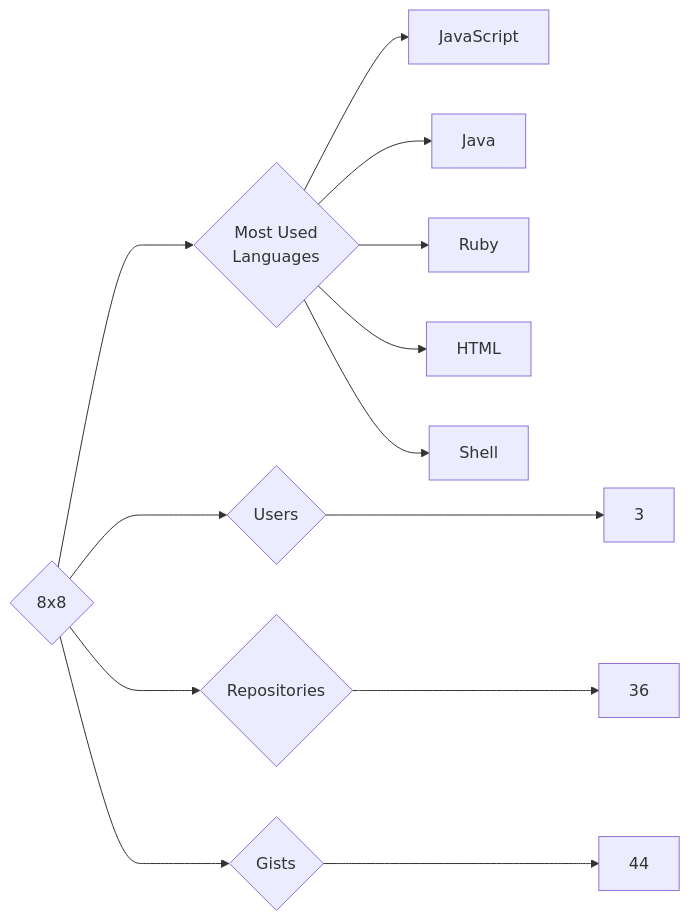
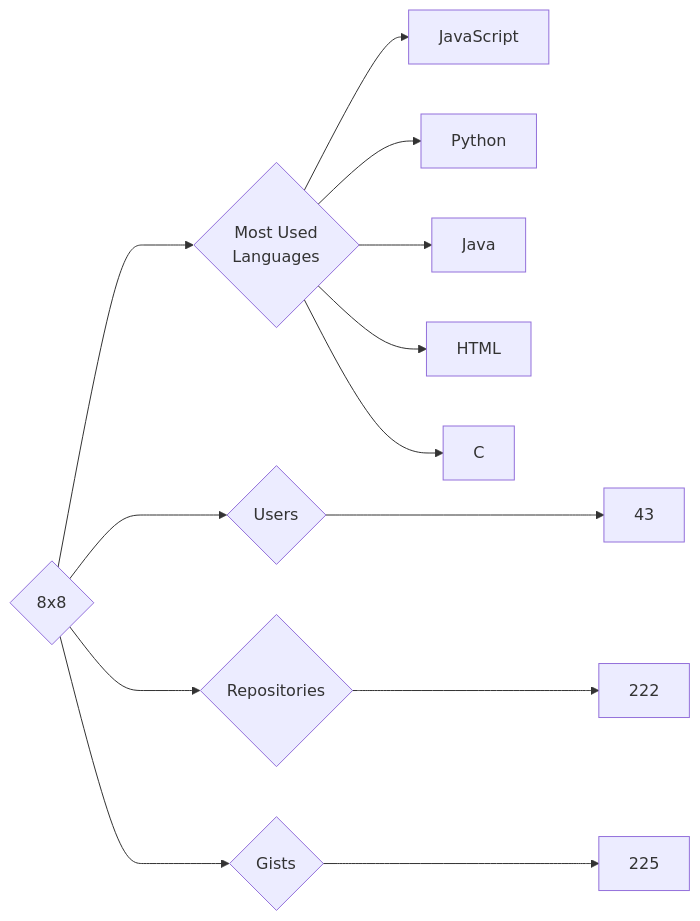
One commit to trickest/insiders changed the diagram in targets/8x8/README.md. Above: the diagram before and after it, drawn with Mermaid. The commit also changed 681 other files, not shown here.

````diff
--- a/targets/8x8/README.md
+++ b/targets/8x8/README.md
@@ -3,13 +3,13 @@
 ```mermaid
 graph LR
 COMPANY_NAME{8x8}
-COMPANY_NAME ---> U{Users} ---> UN[3]
-COMPANY_NAME ---> R{Repositories} ---> RN[36]
-COMPANY_NAME ---> G{Gists} ---> GN[44]
+COMPANY_NAME ---> U{Users} ---> UN[43]
+COMPANY_NAME ---> R{Repositories} ---> RN[222]
+COMPANY_NAME ---> G{Gists} ---> GN[225]
 COMPANY_NAME ---> ML{Most Used<br>Languages}
 ML --> JavaScript[JavaScript]
+ML --> Python[Python]
 ML --> Java[Java]
-ML --> Ruby[Ruby]
 ML --> HTML[HTML]
-ML --> Shell[Shell]
+ML --> C[C]
 ```
````
